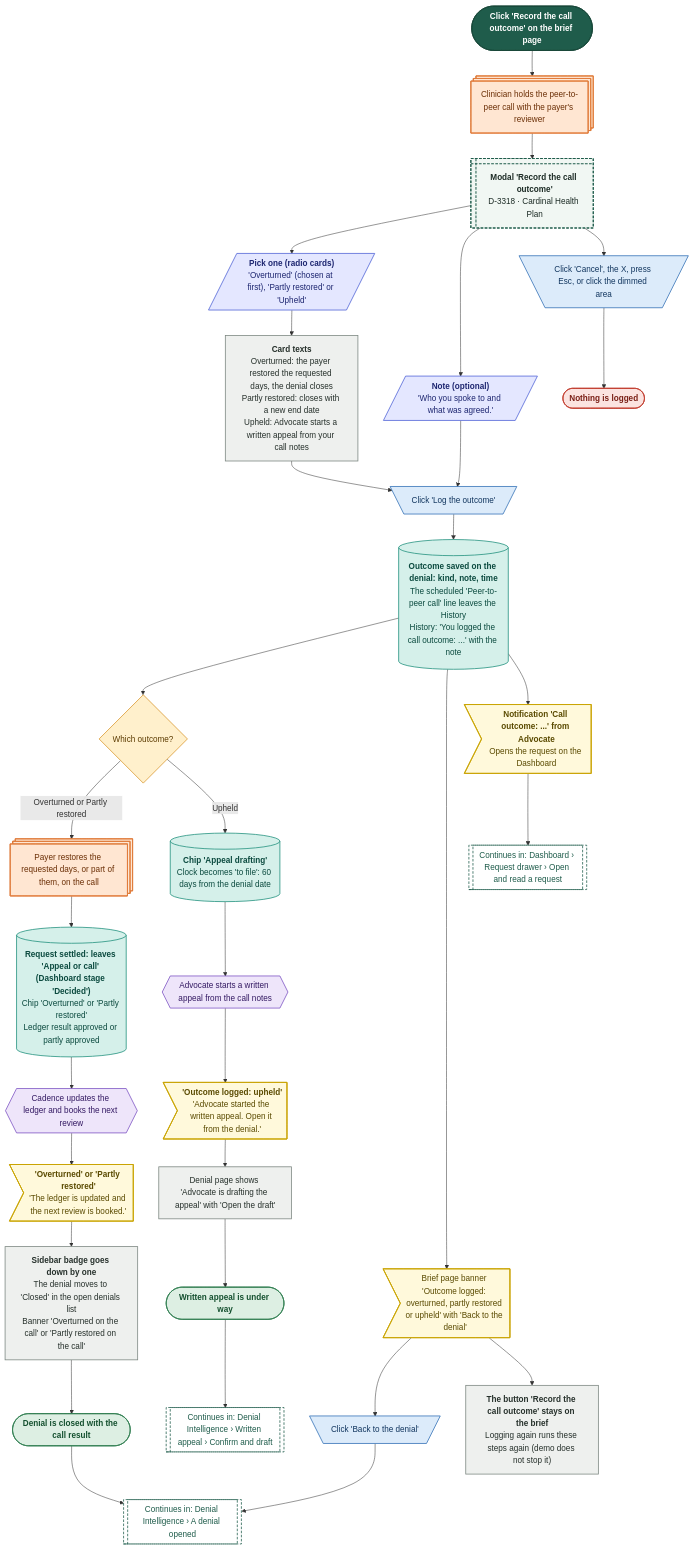
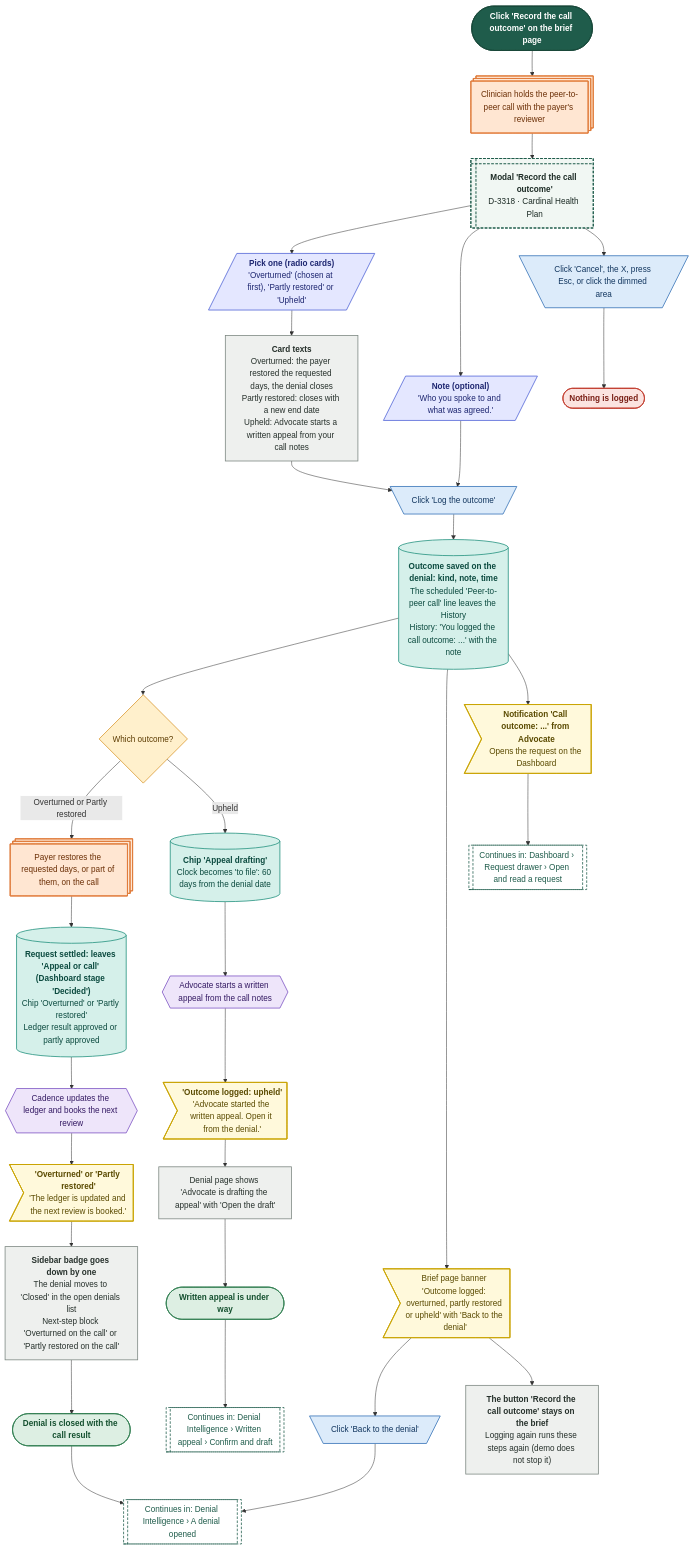
One commit to Shrav143/psyfloapp changed diagram 14 of 27 in demos/prior-auth-demo/workflows/out/md/06-denials.md. Above: the diagram before and after it, drawn with Mermaid. The commit also changed other lines of this file and 192 other files, not shown here.

First line of the commit message:
docs: changelog by sidebar tab; README, diagrams and Settings layout aligned with the refinement; shared InfoTip; referral cost-share line

````diff
--- a/demos/prior-auth-demo/workflows/out/md/06-denials.md
+++ b/demos/prior-auth-demo/workflows/out/md/06-denials.md
@@ -1051,76 +1078,76 @@
 ```mermaid
 %%{init: {"theme":"base","themeVariables":{"fontFamily":"'DM Sans', 'Segoe UI', system-ui, sans-serif","fontSize":"15px","lineColor":"#5B6B63","primaryTextColor":"#1C2B25","clusterBkg":"#FBF8F3","clusterBorder":"#D9CDBB","edgeLabelBackground":"#FFFFFF"},"flowchart":{"curve":"basis","nodeSpacing":36,"rankSpacing":48,"padding":12,"htmlLabels":true,"useMaxWidth":false,"wrappingWidth":230}} }%%
 flowchart TD
   classDef k_start fill:#1F5C4B,stroke:#174638,color:#FFFFFF,stroke-width:1.5px,font-weight:600
   classDef k_end fill:#DDEFE3,stroke:#2E7D4F,color:#14502F,stroke-width:1.5px,font-weight:600
   classDef k_endx fill:#FBE3E0,stroke:#C0392B,color:#7A1F16,stroke-width:1.5px,font-weight:600
   classDef k_screen fill:#FFFDF8,stroke:#1F5C4B,color:#1C2B25,stroke-width:2px
   classDef k_overlay fill:#F1F7F3,stroke:#1F5C4B,color:#1C2B25,stroke-width:2px,stroke-dasharray:5 3
   classDef k_click fill:#DCEBFA,stroke:#2F6DB5,color:#12365F,stroke-width:1.5px
   classDef k_input fill:#E4E7FF,stroke:#4C5FD5,color:#1D2670,stroke-width:1.5px
   classDef k_process fill:#EEF0EE,stroke:#7A857F,color:#26302B,stroke-width:1.5px
   classDef k_agent fill:#EEE5FA,stroke:#7A4FC2,color:#341A63,stroke-width:1.5px
   classDef k_decision fill:#FFF0CC,stroke:#D9962B,color:#5C3B00,stroke-width:1.5px
   classDef k_store fill:#D5F0EA,stroke:#1C8E7B,color:#0B4A3F,stroke-width:1.5px
   classDef k_doc fill:#F6E9DC,stroke:#B07A4C,color:#4A2E14,stroke-width:1.5px
   classDef k_ext fill:#FFE6D2,stroke:#E07B39,color:#6B2F06,stroke-width:1.5px
   classDef k_wait fill:#E4E8EE,stroke:#6B7C93,color:#26303D,stroke-width:1.5px
   classDef k_toast fill:#FFF9DB,stroke:#C9A400,color:#5A4A00,stroke-width:1.5px
   classDef k_goto fill:#FFFFFF,stroke:#1F5C4B,color:#1F5C4B,stroke-width:1.5px,stroke-dasharray:5 3
   s1@{ shape: stadium, label: "Click 'Record the call outcome' on the brief page" }
   x1@{ shape: st-rect, label: "Clinician holds the peer-to-peer call with the payer's reviewer" }
   o1@{ shape: win-pane, label: "<b>Modal 'Record the call outcome'</b><br/>D-3318 · Cardinal Health Plan" }
   i1@{ shape: lean-r, label: "<b>Pick one (radio cards)</b><br/>'Overturned' (chosen at first), 'Partly restored' or 'Upheld'" }
   p1@{ shape: rect, label: "<b>Card texts</b><br/>Overturned: the payer restored the requested days, the denial closes<br/>Partly restored: closes with a new end date<br/>Upheld: Advocate starts a written appeal from your call notes" }
   i2@{ shape: lean-r, label: "<b>Note (optional)</b><br/>'Who you spoke to and what was agreed.'" }
   c1@{ shape: trap-t, label: "Click 'Log the outcome'" }
   c2@{ shape: trap-t, label: "Click 'Cancel', the X, press Esc, or click the dimmed area" }
   e1@{ shape: stadium, label: "Nothing is logged" }
   st0@{ shape: cyl, label: "<b>Outcome saved on the denial: kind, note, time</b><br/>The scheduled 'Peer-to-peer call' line leaves the History<br/>History: 'You logged the call outcome: ...' with the note" }
   d1@{ shape: diam, label: "Which outcome?" }
   st1@{ shape: cyl, label: "<b>Request settled: leaves 'Appeal or call' (Dashboard stage 'Decided')</b><br/>Chip 'Overturned' or 'Partly restored'<br/>Ledger result approved or partly approved" }
   x2@{ shape: st-rect, label: "Payer restores the requested days, or part of them, on the call" }
   a1@{ shape: hex, label: "Cadence updates the ledger and books the next review" }
   t1@{ shape: odd, label: "<b>'Overturned' or 'Partly restored'</b><br/>'The ledger is updated and the next review is booked.'" }
-  p2@{ shape: rect, label: "<b>Sidebar badge goes down by one</b><br/>The denial moves to 'Closed' in the open denials list<br/>Banner 'Overturned on the call' or 'Partly restored on the call'" }
+  p2@{ shape: rect, label: "<b>Sidebar badge goes down by one</b><br/>The denial moves to 'Closed' in the open denials list<br/>Next-step block 'Overturned on the call' or 'Partly restored on the call'" }
   st2@{ shape: cyl, label: "<b>Chip 'Appeal drafting'</b><br/>Clock becomes 'to file': 60 days from the denial date" }
   a2@{ shape: hex, label: "Advocate starts a written appeal from the call notes" }
   t2@{ shape: odd, label: "<b>'Outcome logged: upheld'</b><br/>'Advocate started the written appeal. Open it from the denial.'" }
   p3@{ shape: rect, label: "Denial page shows 'Advocate is drafting the appeal' with 'Open the draft'" }
   t3@{ shape: odd, label: "Brief page banner 'Outcome logged: overturned, partly restored or upheld' with 'Back to the denial'" }
   t4@{ shape: odd, label: "<b>Notification 'Call outcome: ...' from Advocate</b><br/>Opens the request on the Dashboard" }
   c3@{ shape: trap-t, label: "Click 'Back to the denial'" }
   p4@{ shape: rect, label: "<b>The button 'Record the call outcome' stays on the brief</b><br/>Logging again runs these steps again (demo does not stop it)" }
   g1@{ shape: subproc, label: "Continues in: Denial Intelligence › A denial opened" }
   g2@{ shape: subproc, label: "Continues in: Denial Intelligence › Written appeal › Confirm and draft" }
   g3@{ shape: subproc, label: "Continues in: Dashboard › Request drawer › Open and read a request" }
   e2@{ shape: stadium, label: "Denial is closed with the call result" }
   e3@{ shape: stadium, label: "Written appeal is under way" }
   s1 --> x1 --> o1
   o1 --> i1 --> p1
   o1 --> i2
   p1 --> c1
   i2 --> c1
   o1 --> c2 --> e1
   c1 --> st0 --> d1
   d1 -->|"Overturned or Partly restored"| x2 --> st1 --> a1 --> t1 --> p2 --> e2
   d1 -->|"Upheld"| st2 --> a2 --> t2 --> p3 --> e3
   st0 --> t3 --> c3 --> g1
   st0 --> t4 --> g3
   e3 --> g2
   e2 --> g1
   t3 --> p4
   class s1 k_start
   class x1,x2 k_ext
   class o1 k_overlay
   class i1,i2 k_input
   class p1,p2,p3,p4 k_process
   class c1,c2,c3 k_click
   class e1 k_endx
   class st0,st1,st2 k_store
   class d1 k_decision
   class a1,a2 k_agent
   class t1,t2,t3,t4 k_toast
   class g1,g2,g3 k_goto
   class e2,e3 k_end
 ```
````
